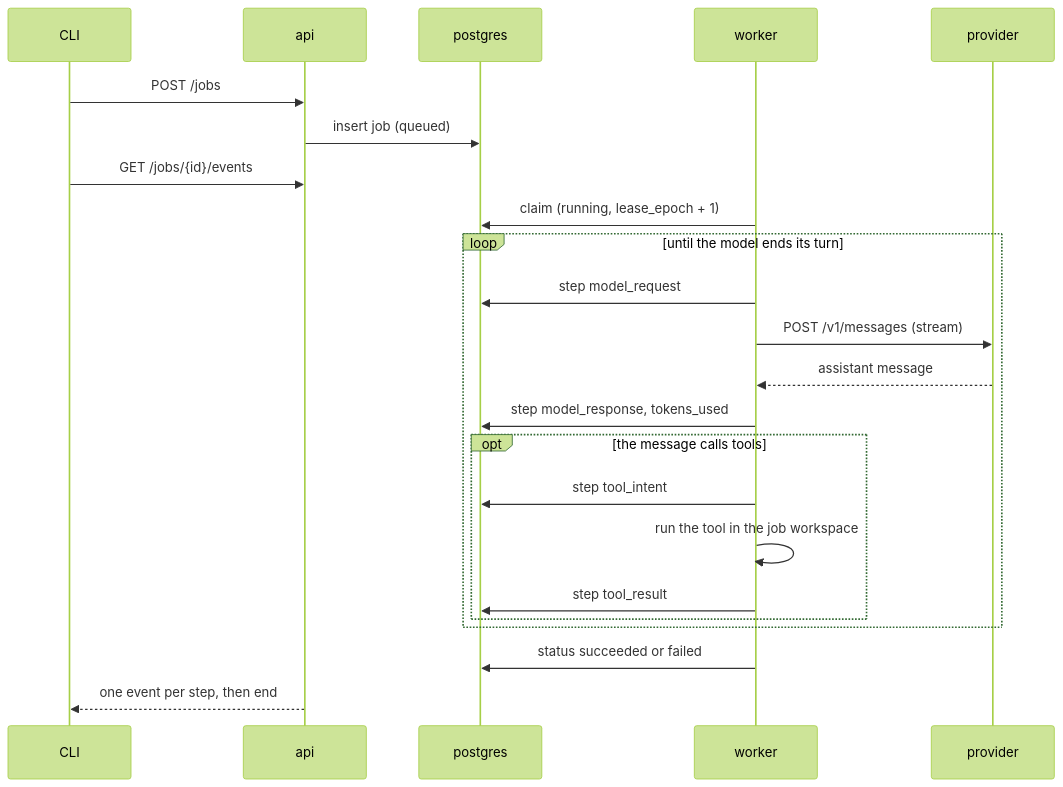
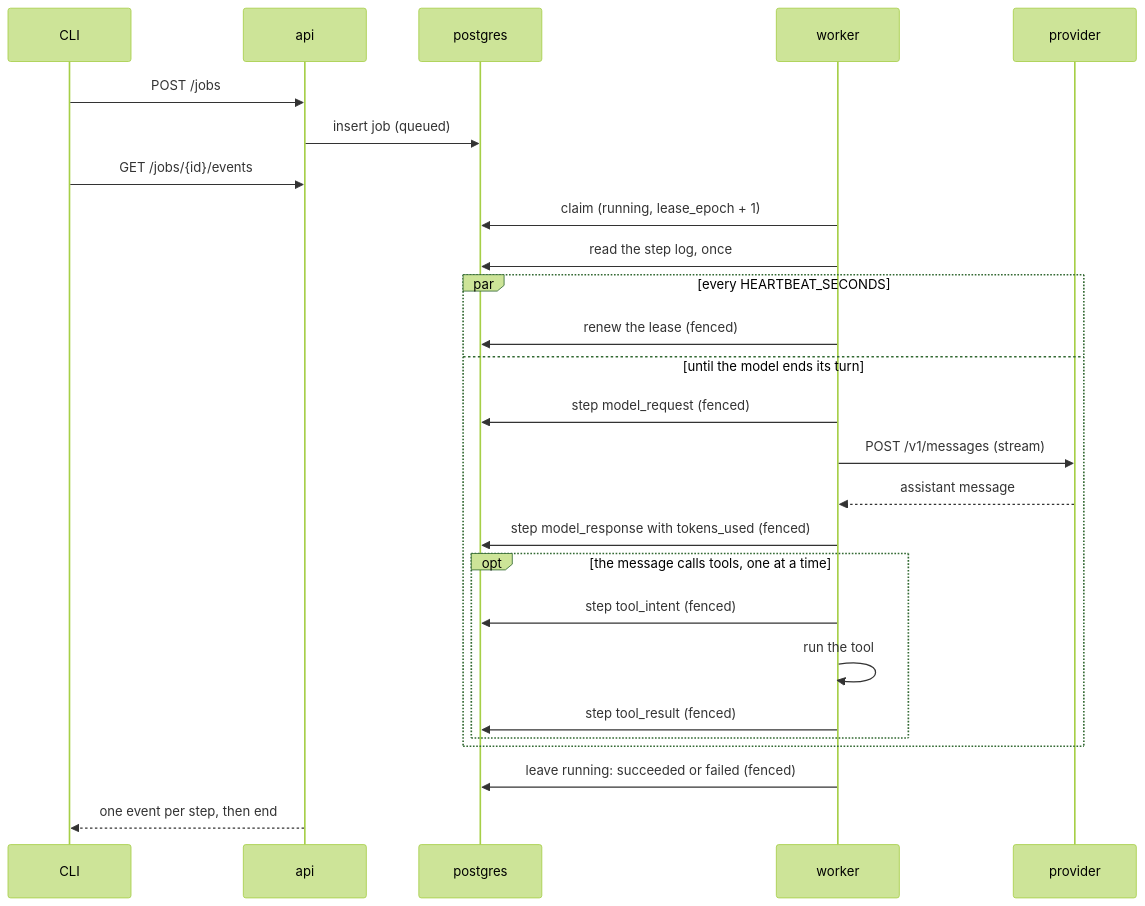
The second of 3 diagrams in docs/architecture.md (sindredg/agent-runtime), drawn with Mermaid (forest theme) before and after one commit. The commit also changed other lines of this file and 75 other files, not shown here.

````diff
--- a/docs/architecture.md
+++ b/docs/architecture.md
@@ -33,25 +40,28 @@
 ```mermaid
 sequenceDiagram
     participant C as CLI
     participant A as api
     participant D as postgres
     participant W as worker
     participant P as provider
     C->>A: POST /jobs
     A->>D: insert job (queued)
     C->>A: GET /jobs/{id}/events
     W->>D: claim (running, lease_epoch + 1)
-    loop until the model ends its turn
-        W->>D: step model_request
+    W->>D: read the step log, once
+    par every HEARTBEAT_SECONDS
+        W->>D: renew the lease (fenced)
+    and until the model ends its turn
+        W->>D: step model_request (fenced)
         W->>P: POST /v1/messages (stream)
         P-->>W: assistant message
-        W->>D: step model_response, tokens_used
-        opt the message calls tools
-            W->>D: step tool_intent
-            W->>W: run the tool in the job workspace
-            W->>D: step tool_result
+        W->>D: step model_response with tokens_used (fenced)
+        opt the message calls tools, one at a time
+            W->>D: step tool_intent (fenced)
+            W->>W: run the tool
+            W->>D: step tool_result (fenced)
         end
     end
-    W->>D: status succeeded or failed
+    W->>D: leave running: succeeded or failed (fenced)
     A-->>C: one event per step, then end
 ```
````
